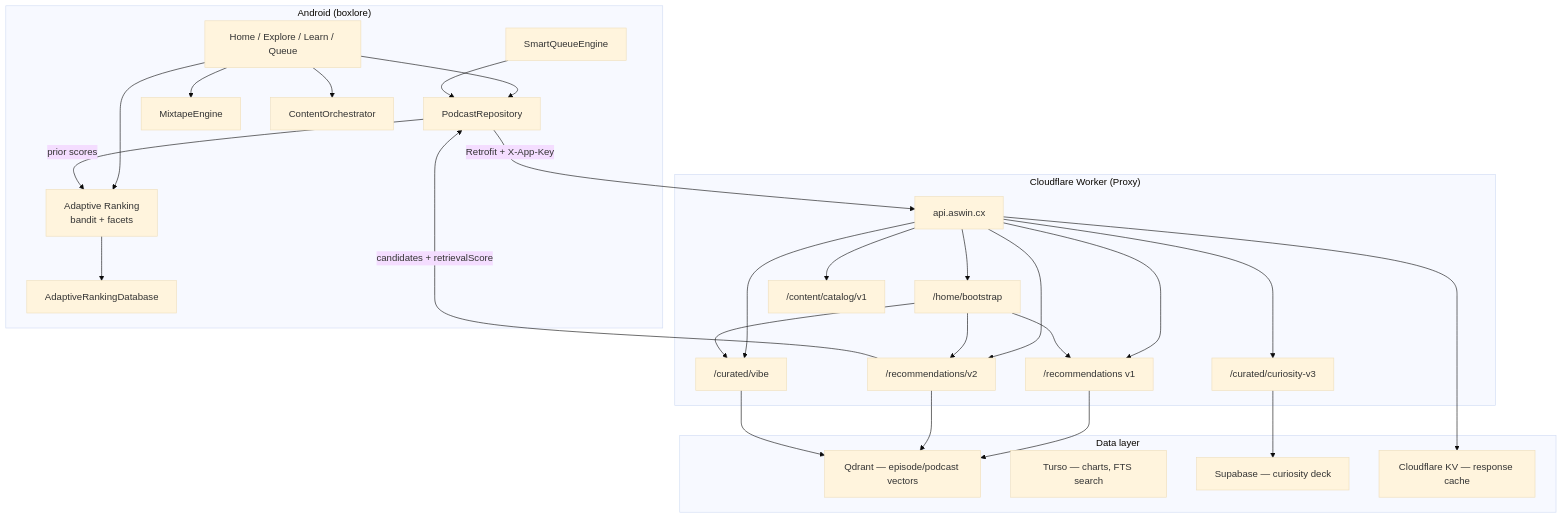
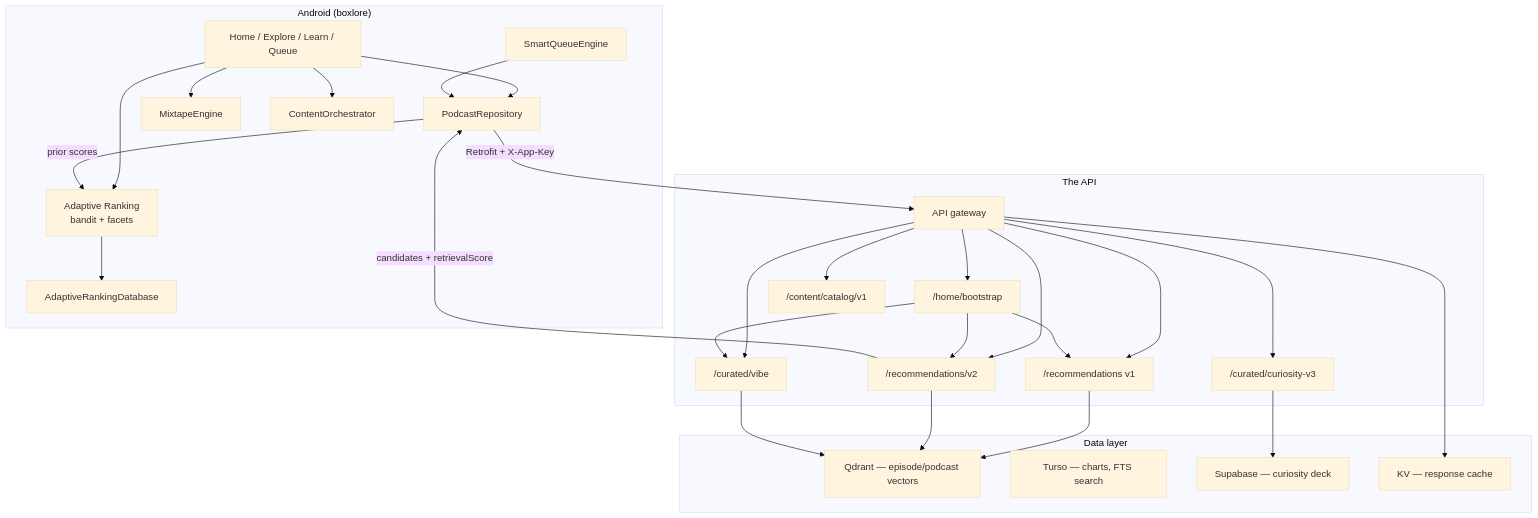
The diagram in docs/recommendation-system.md (ashwkun/box.lore.android), drawn with Mermaid (base theme) before and after one commit. The commit also changed other lines of this file and 1 other file, not shown here.

First line of the commit message:
docs: scrub API identity and absorb legacy recommendation_logic.md

````diff
--- a/docs/recommendation-system.md
+++ b/docs/recommendation-system.md
@@ -75,44 +70,44 @@
 ```mermaid
 flowchart TB
     subgraph Client["Android (boxlore)"]
         UI["Home / Explore / Learn / Queue"]
         PR["PodcastRepository"]
         AR["Adaptive Ranking<br/>bandit + facets"]
         ME["MixtapeEngine"]
         SQ["SmartQueueEngine"]
         CO["ContentOrchestrator"]
         UI --> PR
         UI --> AR
         UI --> ME
         UI --> CO
         SQ --> PR
         AR --> Room["AdaptiveRankingDatabase"]
     end
 
-    subgraph Server["Cloudflare Worker (Proxy)"]
-        API["api.aswin.cx"]
+    subgraph Api["The API"]
+        API["API gateway"]
         R1["/recommendations v1"]
         R2["/recommendations/v2"]
         BOOT["/home/bootstrap"]
         CAT["/content/catalog/v1"]
         VIBE["/curated/vibe"]
         CUR["/curated/curiosity-v3"]
         API --> R1 & R2 & BOOT & CAT & VIBE & CUR
     end
 
     subgraph Data["Data layer"]
         QD["Qdrant — episode/podcast vectors"]
         TS["Turso — charts, FTS search"]
         SB["Supabase — curiosity deck"]
-        KV["Cloudflare KV — response cache"]
+        KV["KV — response cache"]
     end
 
     PR -->|Retrofit + X-App-Key| API
     R1 & R2 --> QD
     BOOT --> R1 & R2 & VIBE
     VIBE --> QD
     CUR --> SB
     API --> KV
     R2 -->|candidates + retrievalScore| PR
     PR -->|prior scores| AR
 ```
````
